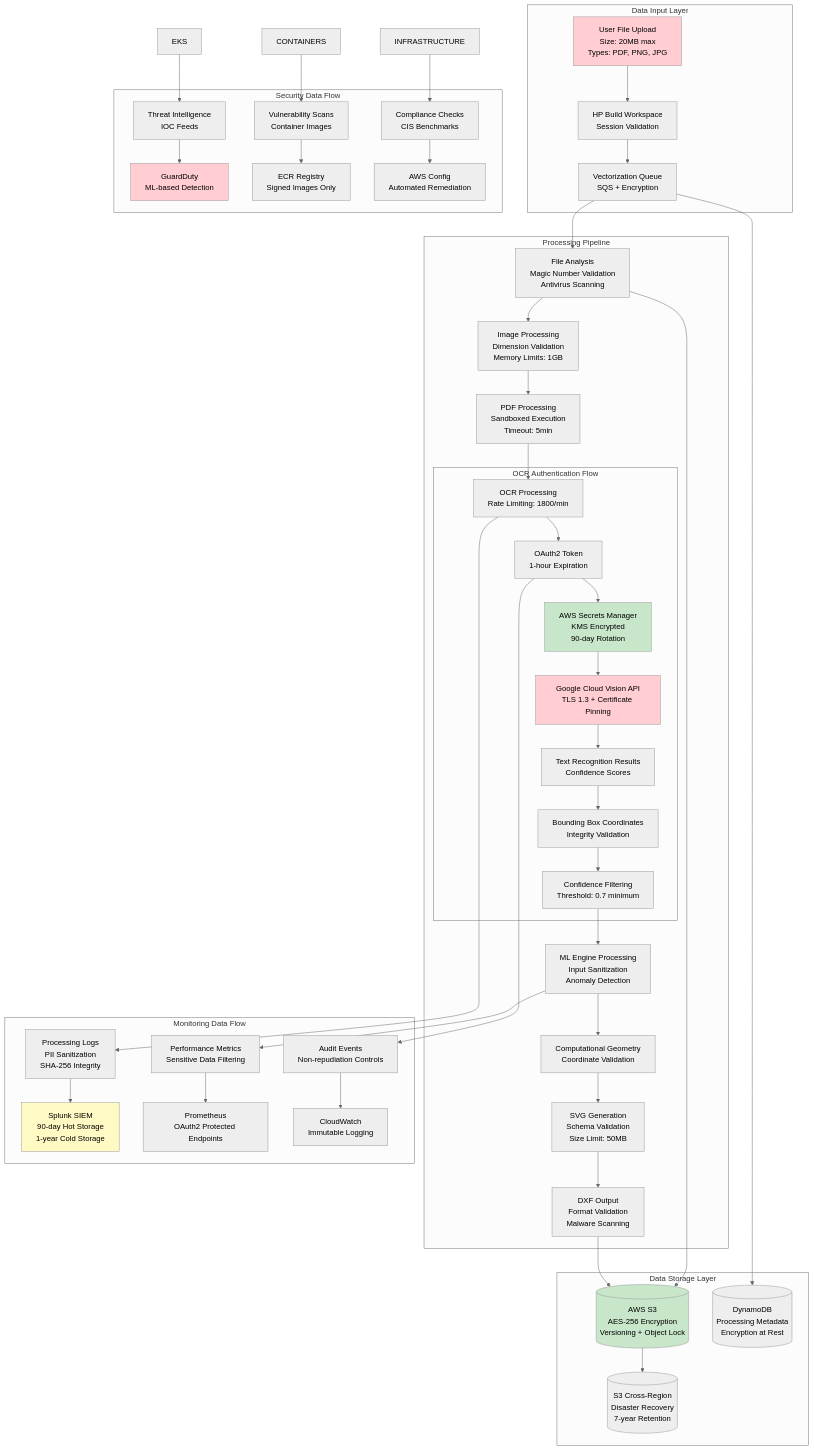
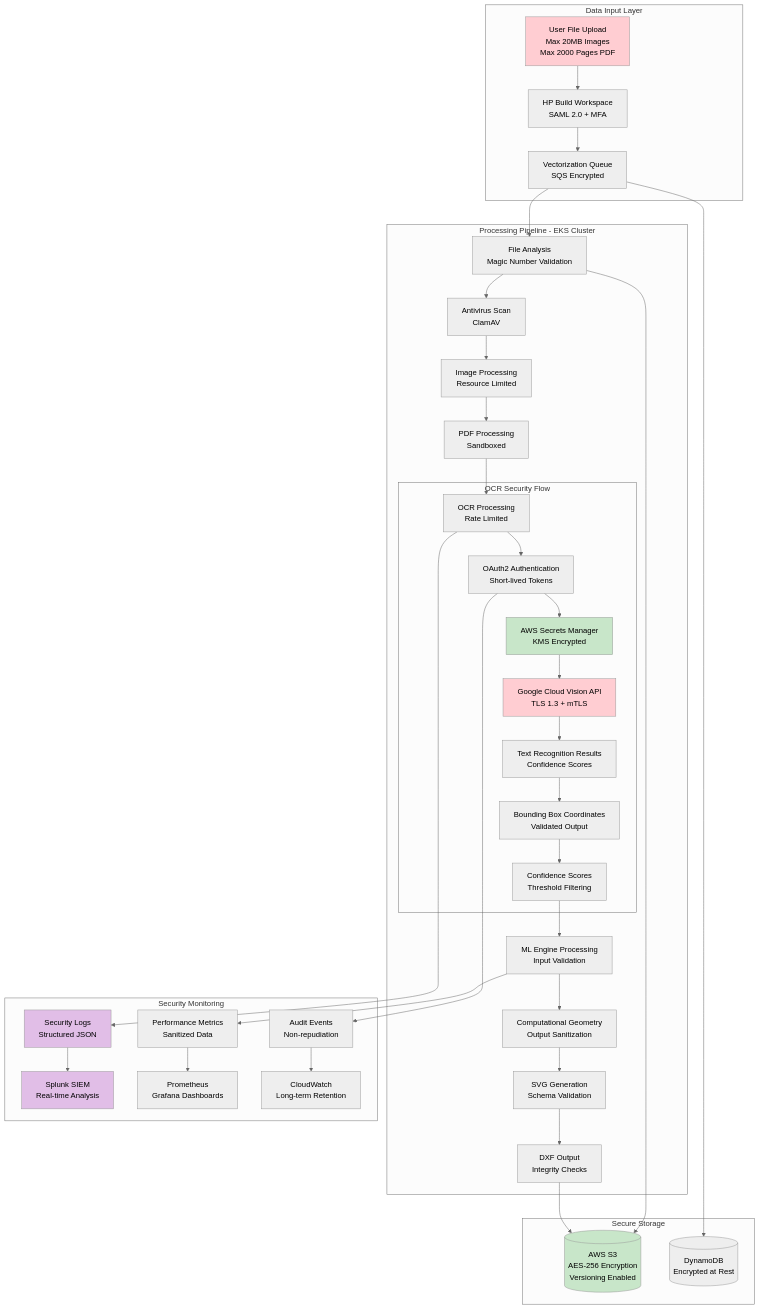
Before and after one commit to apoorvsharmawork1910-cell/new_test: the second of 6 diagrams in new01_consolidate_output.md, drawn with Mermaid (neutral theme). The commit also changed other lines of this file, not shown here.

````diff
--- a/new01_consolidate_output.md
+++ b/new01_consolidate_output.md
@@ -143,64 +146,54 @@
 ```mermaid
 graph TD
     subgraph "Data Input Layer"
-        UF[User File Upload<br/>Size: 20MB max<br/>Types: PDF, PNG, JPG] --> BWP[HP Build Workspace<br/>Session Validation]
-        BWP --> VQ[Vectorization Queue<br/>SQS + Encryption]
+        UF[User File Upload<br/>Max 20MB Images<br/>Max 2000 Pages PDF] --> BWP[HP Build Workspace<br/>SAML 2.0 + MFA]
+        BWP --> VQ[Vectorization Queue<br/>SQS Encrypted]
     end
     
-    subgraph "Processing Pipeline"
-        VQ --> FA[File Analysis<br/>Magic Number Validation<br/>Antivirus Scanning]
-        FA --> IP[Image Processing<br/>Dimension Validation<br/>Memory Limits: 1GB]
-        IP --> PP[PDF Processing<br/>Sandboxed Execution<br/>Timeout: 5min]
-        PP --> OCR[OCR Processing<br/>Rate Limiting: 1800/min]
+    subgraph "Processing Pipeline - EKS Cluster"
+        VQ --> FA[File Analysis<br/>Magic Number Validation]
+        FA --> AV[Antivirus Scan<br/>ClamAV]
+        AV --> IP[Image Processing<br/>Resource Limited]
+        IP --> PP[PDF Processing<br/>Sandboxed]
+        PP --> OCR[OCR Processing<br/>Rate Limited]
         
-        subgraph "OCR Authentication Flow"
-            OCR --> AUTH[OAuth2 Token<br/>1-hour Expiration]
-            AUTH --> SM[AWS Secrets Manager<br/>KMS Encrypted<br/>90-day Rotation]
-            SM --> GCV[Google Cloud Vision API<br/>TLS 1.3 + Certificate Pinning]
+        subgraph "OCR Security Flow"
+            OCR --> AUTH[OAuth2 Authentication<br/>Short-lived Tokens]
+            AUTH --> SM[AWS Secrets Manager<br/>KMS Encrypted]
+            SM --> GCV[Google Cloud Vision API<br/>TLS 1.3 + mTLS]
             GCV --> TR[Text Recognition Results<br/>Confidence Scores]
-            TR --> BB[Bounding Box Coordinates<br/>Integrity Validation]
-            BB --> CS[Confidence Filtering<br/>Threshold: 0.7 minimum]
+            TR --> BB[Bounding Box Coordinates<br/>Validated Output]
+            BB --> CS[Confidence Scores<br/>Threshold Filtering]
         end
         
-        CS --> ML[ML Engine Processing<br/>Input Sanitization<br/>Anomaly Detection]
-        ML --> CG[Computational Geometry<br/>Coordinate Validation]
-        CG --> SVG[SVG Generation<br/>Schema Validation<br/>Size Limit: 50MB]
-        SVG --> DXF[DXF Output<br/>Format Validation<br/>Malware Scanning]
+        CS --> ML[ML Engine Processing<br/>Input Validation]
+        ML --> CG[Computational Geometry<br/>Output Sanitization]
+        CG --> SVG[SVG Generation<br/>Schema Validation]
+        SVG --> DXF[DXF Output<br/>Integrity Checks]
     end
     
-    subgraph "Data Storage Layer"
-        S3[(AWS S3<br/>AES-256 Encryption<br/>Versioning + Object Lock)]
-        DDB[(DynamoDB<br/>Processing Metadata<br/>Encryption at Rest)]
-        BACKUP[(S3 Cross-Region<br/>Disaster Recovery<br/>7-year Retention)]
+    subgraph "Secure Storage"
+        S3[(AWS S3<br/>AES-256 Encryption<br/>Versioning Enabled)]
+        DDB[(DynamoDB<br/>Encrypted at Rest)]
     end
     
-    subgraph "Monitoring Data Flow"
-        LOG[Processing Logs<br/>PII Sanitization<br/>SHA-256 Integrity] --> SP[Splunk SIEM<br/>90-day Hot Storage<br/>1-year Cold Storage]
-        MET[Performance Metrics<br/>Sensitive Data Filtering] --> PR[Prometheus<br/>OAuth2 Protected Endpoints]
-        AUDIT[Audit Events<br/>Non-repudiation Controls] --> CW[CloudWatch<br/>Immutable Logging]
-    end
-    
-    subgraph "Security Data Flow"
-        THREAT[Threat Intelligence<br/>IOC Feeds] --> GD[GuardDuty<br/>ML-based Detection]
-        VULN[Vulnerability Scans<br/>Container Images] --> ECR[ECR Registry<br/>Signed Images Only]
-        COMPLIANCE[Compliance Checks<br/>CIS Benchmarks] --> CONFIG[AWS Config<br/>Automated Remediation]
+    subgraph "Security Monitoring"
+        LOG[Security Logs<br/>Structured JSON] --> SP[Splunk SIEM<br/>Real-time Analysis]
+        MET[Performance Metrics<br/>Sanitized Data] --> PR[Prometheus<br/>Grafana Dashboards]
+        AUDIT[Audit Events<br/>Non-repudiation] --> CW[CloudWatch<br/>Long-term Retention]
     end
     
     FA --> S3
     DXF --> S3
-    S3 --> BACKUP
     OCR --> LOG
     ML --> MET
     VQ --> DDB
     AUTH --> AUDIT
-    EKS --> THREAT
-    CONTAINERS --> VULN
-    INFRASTRUCTURE --> COMPLIANCE
     
     style UF fill:#ffcdd2
     style GCV fill:#ffcdd2
     style S3 fill:#c8e6c9
     style SM fill:#c8e6c9
-    style SP fill:#fff9c4
-    style GD fill:#ffcdd2
+    style SP fill:#e1bee7
+    style LOG fill:#e1bee7
 ```
````
